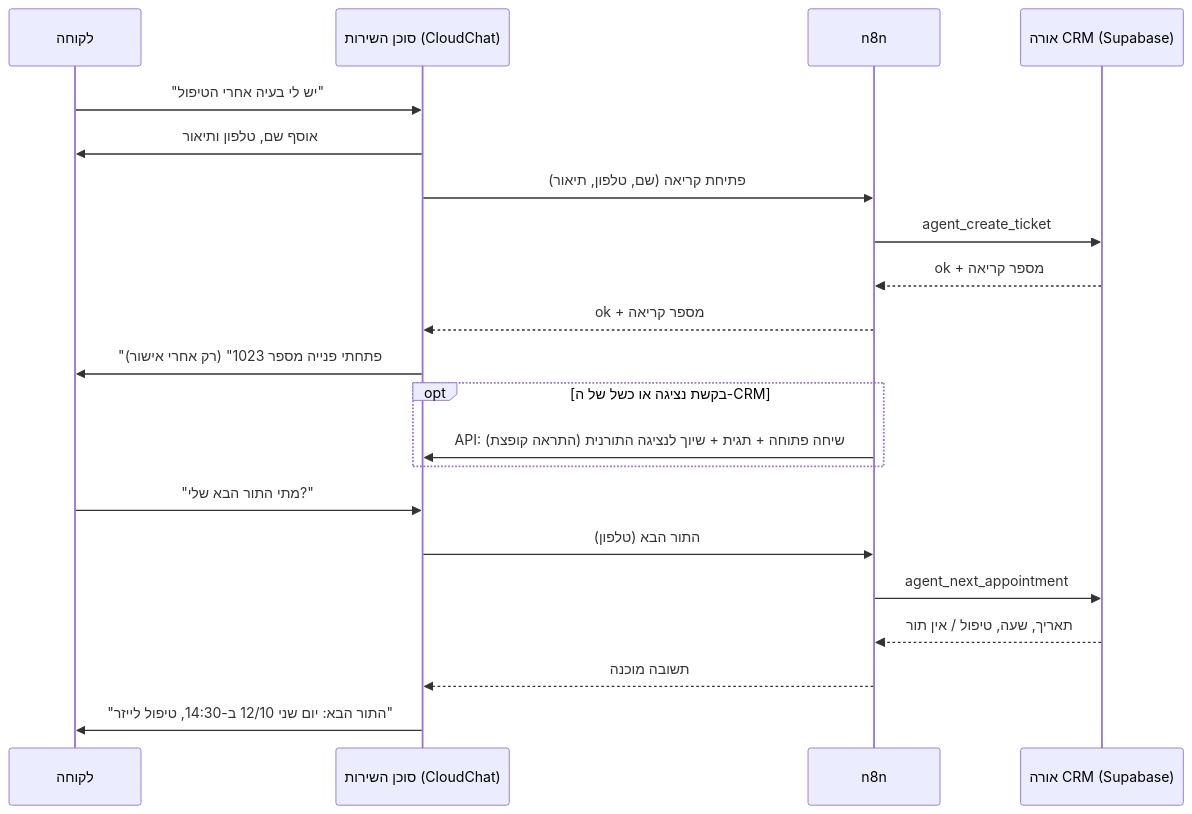
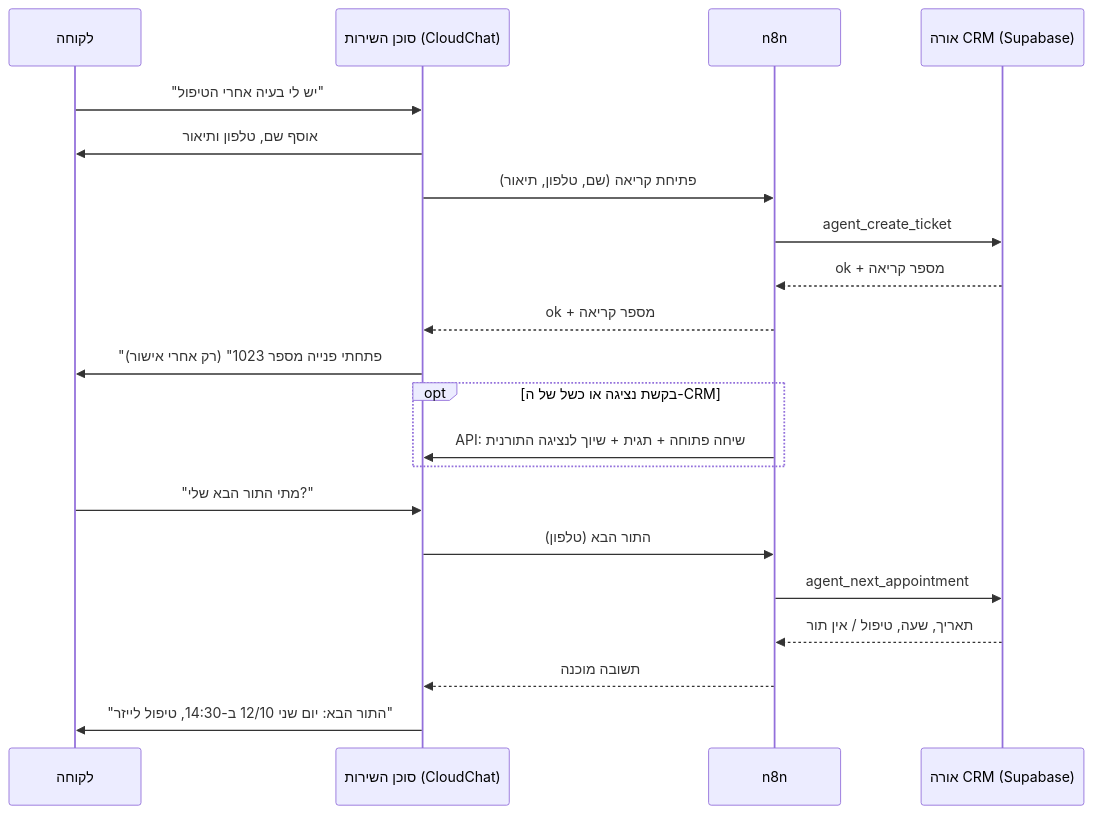
One commit to SanityBox/clinic-ora-crm changed the fifth of 5 diagrams in docs/PRD.md. Above: the diagram before and after it, drawn with Mermaid. The commit also changed other lines of this file and 5 other files, not shown here.

````diff
--- a/docs/PRD.md
+++ b/docs/PRD.md
@@ -690,23 +690,23 @@
 ```mermaid
 sequenceDiagram
     participant L as לקוחה
     participant S as סוכן השירות (CloudChat)
     participant N as n8n
     participant D as אורה CRM (Supabase)
     L->>S: "יש לי בעיה אחרי הטיפול"
     S->>L: אוסף שם, טלפון ותיאור
     S->>N: פתיחת קריאה (שם, טלפון, תיאור)
     N->>D: agent_create_ticket
     D-->>N: ok + מספר קריאה
     N-->>S: ok + מספר קריאה
     S->>L: "פתחתי פנייה מספר 1023" (רק אחרי אישור)
     opt בקשת נציגה או כשל של ה-CRM
-        N->>S: API: שיחה פתוחה + תגית + שיוך לנציגה התורנית (התראה קופצת)
+        N->>S: API: שיחה פתוחה + תגית + שיוך לנציגה התורנית
     end
     L->>S: "מתי התור הבא שלי?"
     S->>N: התור הבא (טלפון)
     N->>D: agent_next_appointment
     D-->>N: תאריך, שעה, טיפול / אין תור
     N-->>S: תשובה מוכנה
     S->>L: "התור הבא: יום שני 12/10 ב-14:30, טיפול לייזר"
 ```
````
